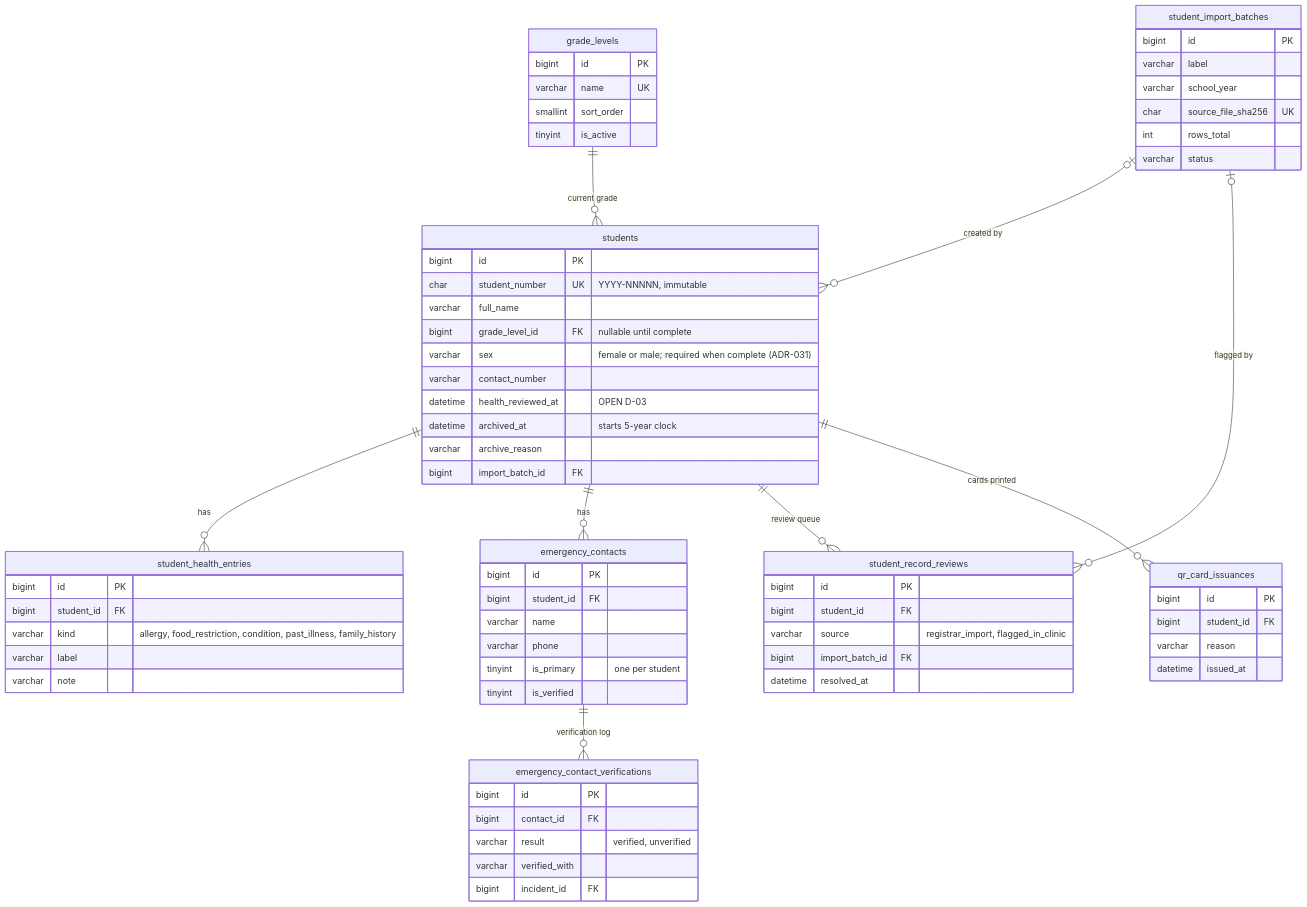
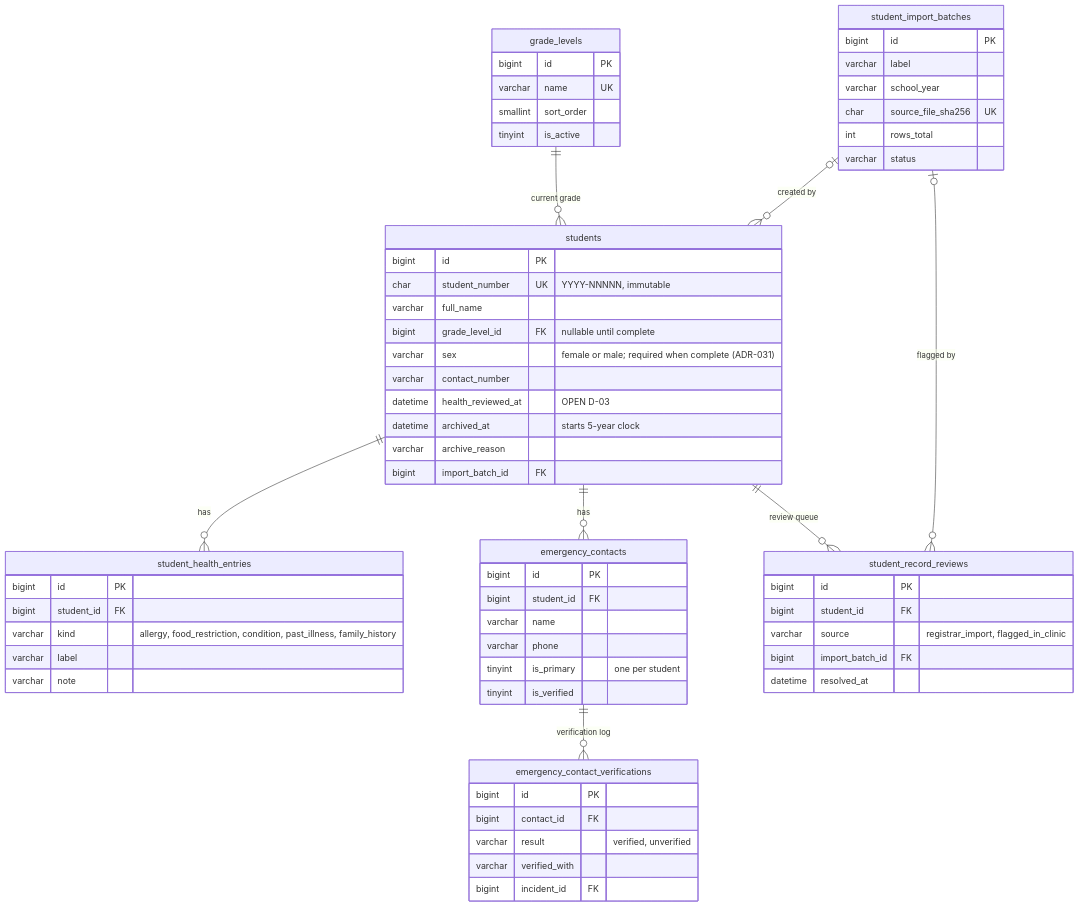
The second of 6 diagrams in CLINIQ-Knowledge-Base/02-Architecture/Database/ERD.md (zekuuu/cliniq), drawn with Mermaid before and after one commit. The commit also changed other lines of this file and 2 other files, not shown here.

First line of the commit message:
docs(erd): drop qr_card_issuances and the instructor role

````diff
--- a/CLINIQ-Knowledge-Base/02-Architecture/Database/ERD.md
+++ b/CLINIQ-Knowledge-Base/02-Architecture/Database/ERD.md
@@ -145,72 +144,65 @@
 ```mermaid
 erDiagram
     grade_levels {
         bigint id PK
         varchar name UK
         smallint sort_order
         tinyint is_active
     }
     student_import_batches {
         bigint id PK
         varchar label
         varchar school_year
         char source_file_sha256 UK
         int rows_total
         varchar status
     }
     students {
         bigint id PK
         char student_number UK "YYYY-NNNNN, immutable"
         varchar full_name
         bigint grade_level_id FK "nullable until complete"
         varchar sex "female or male; required when complete (ADR-031)"
         varchar contact_number
         datetime health_reviewed_at "OPEN D-03"
         datetime archived_at "starts 5-year clock"
         varchar archive_reason
         bigint import_batch_id FK
     }
     student_health_entries {
         bigint id PK
         bigint student_id FK
         varchar kind "allergy, food_restriction, condition, past_illness, family_history"
         varchar label
         varchar note
     }
     emergency_contacts {
         bigint id PK
         bigint student_id FK
         varchar name
         varchar phone
         tinyint is_primary "one per student"
         tinyint is_verified
     }
     emergency_contact_verifications {
         bigint id PK
         bigint contact_id FK
         varchar result "verified, unverified"
         varchar verified_with
         bigint incident_id FK
     }
     student_record_reviews {
         bigint id PK
         bigint student_id FK
         varchar source "registrar_import, flagged_in_clinic"
         bigint import_batch_id FK
         datetime resolved_at
     }
-    qr_card_issuances {
-        bigint id PK
-        bigint student_id FK
-        varchar reason
-        datetime issued_at
-    }
     grade_levels ||--o{ students : "current grade"
     student_import_batches |o--o{ students : "created by"
     student_import_batches |o--o{ student_record_reviews : "flagged by"
     students ||--o{ student_health_entries : has
     students ||--o{ emergency_contacts : has
     emergency_contacts ||--o{ emergency_contact_verifications : "verification log"
     students ||--o{ student_record_reviews : "review queue"
-    students ||--o{ qr_card_issuances : "cards printed"
 ```
````
